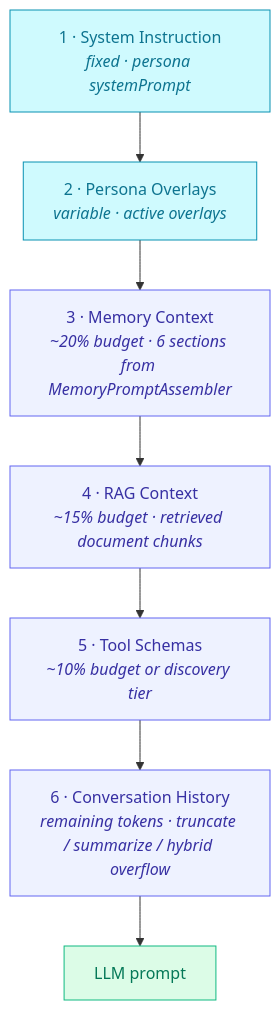
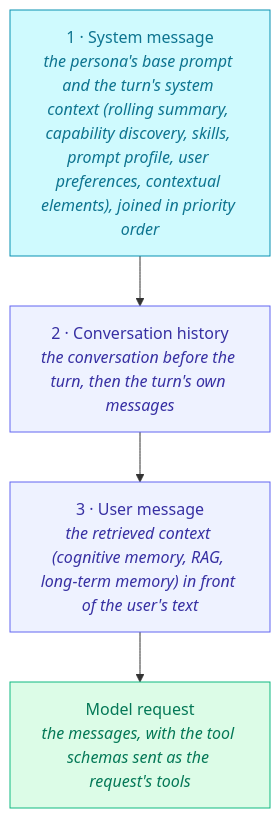
Before and after one commit to framerslab/agentos: the fifth of 10 diagrams in docs/architecture/ARCHITECTURE.md, drawn with Mermaid. The commit also changed other lines of this file and 13 other files, not shown here.

````diff
--- a/docs/architecture/ARCHITECTURE.md
+++ b/docs/architecture/ARCHITECTURE.md
@@ -433,16 +449,13 @@
 ```mermaid
 flowchart TB
-    P1["1 · System Instruction<br/><i>fixed · persona systemPrompt</i>"]:::input
-    P2["2 · Persona Overlays<br/><i>variable · active overlays</i>"]:::input
-    P3["3 · Memory Context<br/><i>~20% budget · 6 sections from MemoryPromptAssembler</i>"]:::process
-    P4["4 · RAG Context<br/><i>~15% budget · retrieved document chunks</i>"]:::process
-    P5["5 · Tool Schemas<br/><i>~10% budget or discovery tier</i>"]:::process
-    P6["6 · Conversation History<br/><i>remaining tokens · truncate / summarize / hybrid overflow</i>"]:::process
-    LLM["LLM prompt"]:::output
+    P1["1 · System message<br/><i>the persona's base prompt and the turn's system context (rolling summary, capability discovery, skills, prompt profile, user preferences, contextual elements), joined in priority order</i>"]:::input
+    P2["2 · Conversation history<br/><i>the conversation before the turn, then the turn's own messages</i>"]:::process
+    P3["3 · User message<br/><i>the retrieved context (cognitive memory, RAG, long-term memory) in front of the user's text</i>"]:::process
+    LLM["Model request<br/><i>the messages, with the tool schemas sent as the request's tools</i>"]:::output
 
-    P1 --> P2 --> P3 --> P4 --> P5 --> P6 --> LLM
+    P1 --> P2 --> P3 --> LLM
 
     classDef input fill:#cffafe,stroke:#0891b2,color:#0e7490
     classDef process fill:#eef2ff,stroke:#6366f1,color:#3730a3
     classDef output fill:#dcfce7,stroke:#10b981,color:#047857
 ```
````
